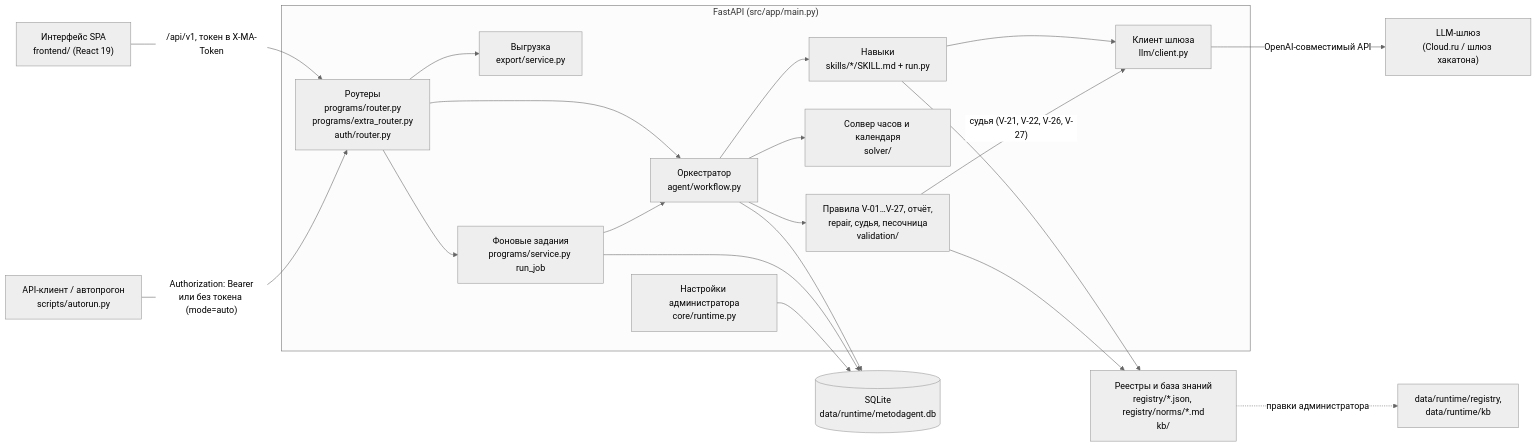
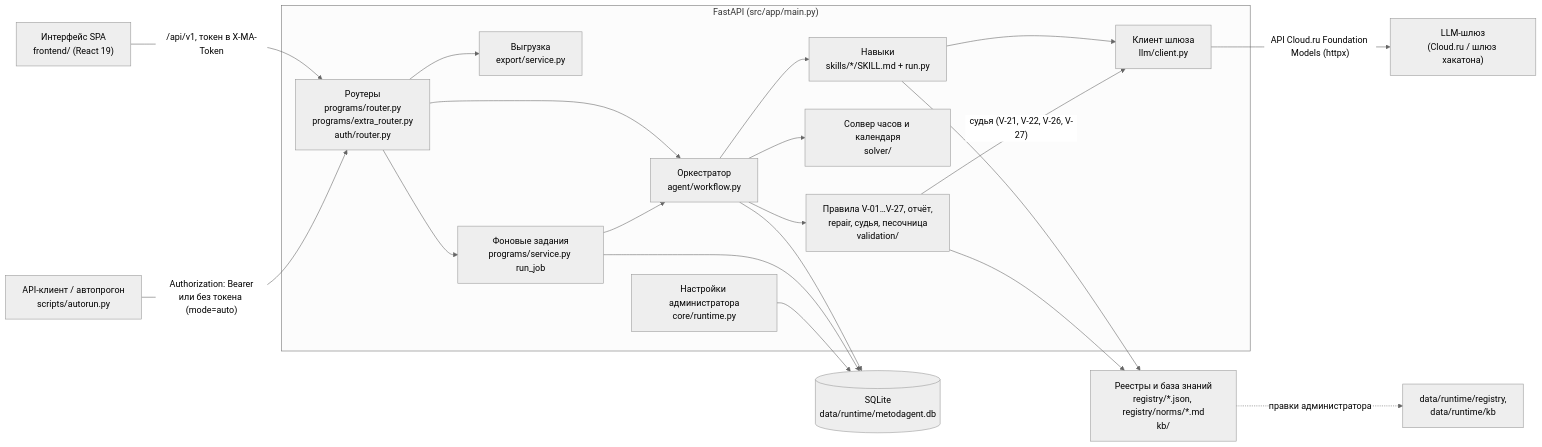
One commit to Fighter90/methodAgent changed the diagram in docs/architecture.md. Above: the diagram before and after it, drawn with Mermaid (neutral theme). The commit also changed other lines of this file and 84 other files, not shown here.

Commit message:
v23: векторы базы знаний в npy, переиндексация, клиент LLM на httpx, вёрстка главной

````diff
--- a/docs/architecture.md
+++ b/docs/architecture.md
@@ -7,31 +7,31 @@
 ```mermaid
 flowchart LR
     UI["Интерфейс SPA<br/>frontend/ (React 19)"] -->|"/api/v1, токен в X-MA-Token"| API
     EXT["API-клиент / автопрогон<br/>scripts/autorun.py"] -->|"Authorization: Bearer<br/>или без токена (mode=auto)"| API
     subgraph Backend["FastAPI (src/app/main.py)"]
         API["Роутеры<br/>programs/router.py<br/>programs/extra_router.py<br/>auth/router.py"]
         WF["Оркестратор<br/>agent/workflow.py"]
         SK["Навыки<br/>skills/*/SKILL.md + run.py"]
         SOL["Солвер часов и календаря<br/>solver/"]
         VAL["Правила V-01…V-27, отчёт,<br/>repair, судья, песочница<br/>validation/"]
         EXP["Выгрузка<br/>export/service.py"]
         JOBS["Фоновые задания<br/>programs/service.py run_job"]
         RT["Настройки администратора<br/>core/runtime.py"]
         LLM["Клиент шлюза<br/>llm/client.py"]
     end
     API --> WF
     API --> JOBS --> WF
     WF --> SK
     WF --> SOL
     WF --> VAL
     API --> EXP
     SK --> LLM
     VAL -->|"судья (V-21, V-22, V-26, V-27)"| LLM
-    LLM -->|"OpenAI-совместимый API"| GW["LLM-шлюз<br/>(Cloud.ru / шлюз хакатона)"]
+    LLM -->|"API Cloud.ru Foundation Models (httpx)"| GW["LLM-шлюз<br/>(Cloud.ru / шлюз хакатона)"]
     SK --> KB["Реестры и база знаний<br/>registry/*.json, registry/norms/*.md<br/>kb/"]
     VAL --> KB
     WF --> DB[("SQLite<br/>data/runtime/metodagent.db")]
     JOBS --> DB
     RT --> DB
     KB -.->|"правки администратора"| RTDIR["data/runtime/registry,<br/>data/runtime/kb"]
 ```
````
